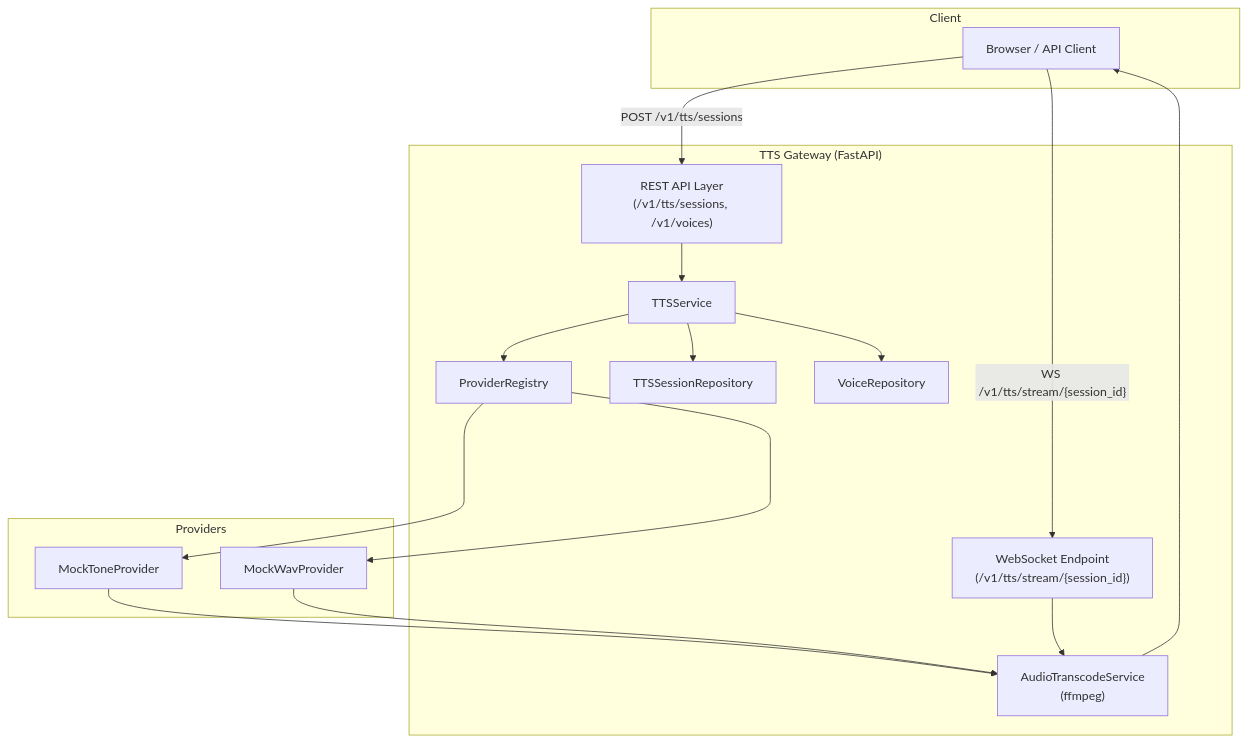
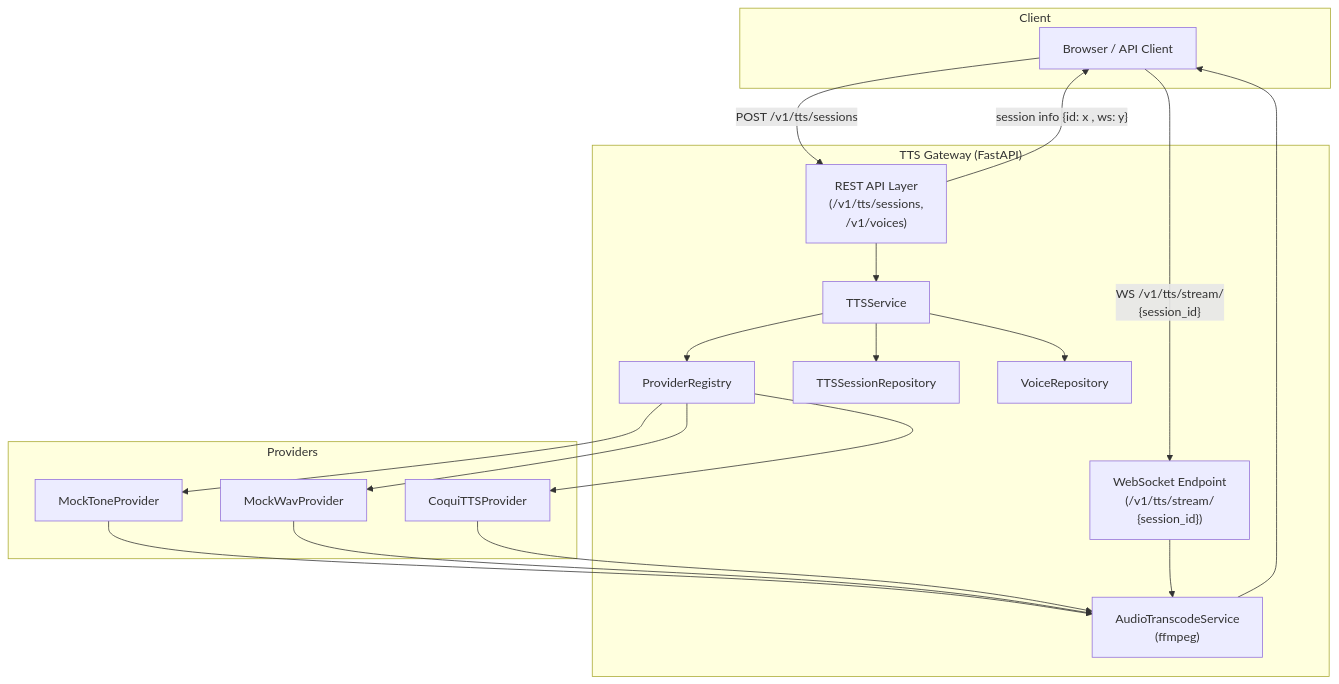
The diagram in ARCH.md (lee-jian-hui/tts-system), drawn with Mermaid before and after one commit. The commit also changed other lines of this file and 6 other files, not shown here.

Commit message:
feat: add session file endpoint and clean WAV/MP3 handling in frontend

````diff
--- a/ARCH.md
+++ b/ARCH.md
@@ -3,34 +74,44 @@
 ```mermaid
 flowchart TD
 
     subgraph Client
         C["Browser / API Client"]
     end
 
     subgraph Gateway["TTS Gateway (FastAPI)"]
-        APIHTTP["REST API Layer\n(/v1/tts/sessions, /v1/voices)"]
-        APIWS["WebSocket Endpoint\n(/v1/tts/stream/{session_id})"]
+        APIHTTP["REST API Layer
+        (/v1/tts/sessions, 
+        /v1/voices)"]
+        APIWS["WebSocket Endpoint
+        (/v1/tts/stream/
+        {session_id})"]
         SVC["TTSService"]
         REG["ProviderRegistry"]
-        TRANS["AudioTranscodeService\n(ffmpeg)"]
+        TRANS["AudioTranscodeService
+        (ffmpeg)"]
         SESSREPO["TTSSessionRepository"]
         VOICEREPO["VoiceRepository"]
     end
 
     subgraph Providers
         P1["MockToneProvider"]
         P2["MockWavProvider"]
+        P3["CoquiTTSProvider"]
     end
 
-    C -- "POST /v1/tts/sessions" --> APIHTTP
+    C -- "POST /v1/tts/sessions " --> APIHTTP
+    APIHTTP -- "session info {id: x , ws: y} " --> C
+
     APIHTTP --> SVC
     SVC --> SESSREPO
     SVC --> VOICEREPO
     SVC --> REG
-    REG ----> P1
+    REG --> P1
     REG --> P2
-    P1 & P2 --> TRANS
-    C -- "WS /v1/tts/stream/{session_id}" --> APIWS
+    REG --> P3
+    P1 & P2 & P3 --> TRANS
+    C -- "WS /v1/tts/stream/
+    {session_id}" --> APIWS
     APIWS --> TRANS
     TRANS --> C
 ```
````
